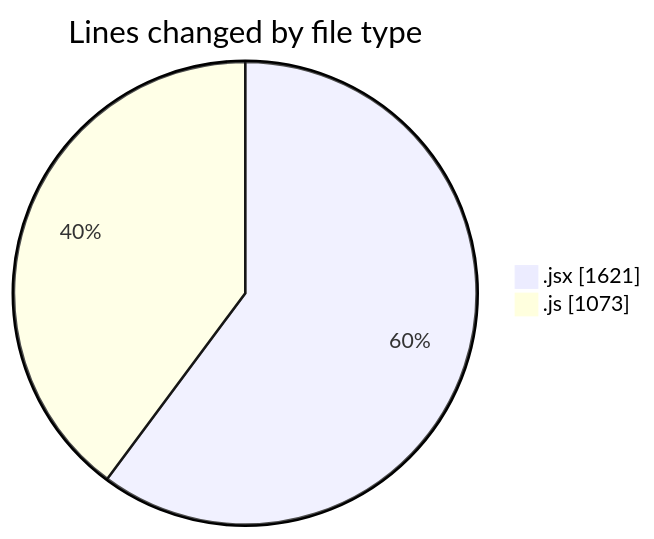
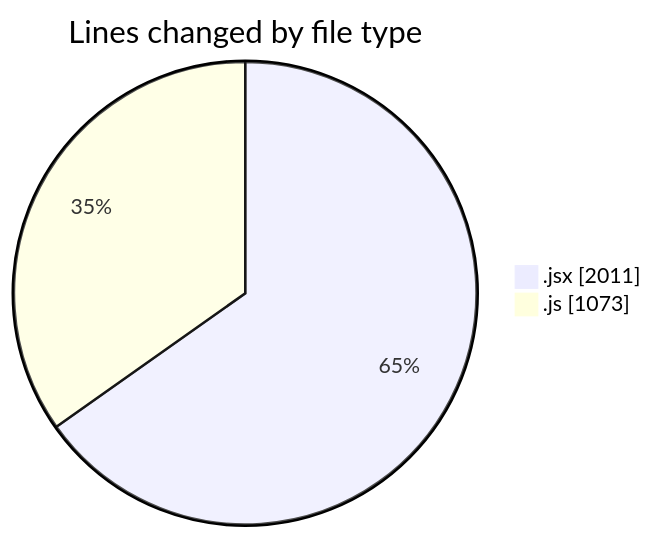
Before and after one commit to nxtqubesakshisongat/code-tracking: the first of 2 diagrams in 2025-06-04/nxtqube_webapp/README.md, drawn with Mermaid. The commit also changed other lines of this file and 1 other file, not shown here.

````diff
--- a/2025-06-04/nxtqube_webapp/README.md
+++ b/2025-06-04/nxtqube_webapp/README.md
@@ -25,6 +26,6 @@
 ```mermaid
 pie showData
 title Lines changed by file type
-".jsx" : 1621
+".jsx" : 2011
 ".js" : 1073
 ```
````
